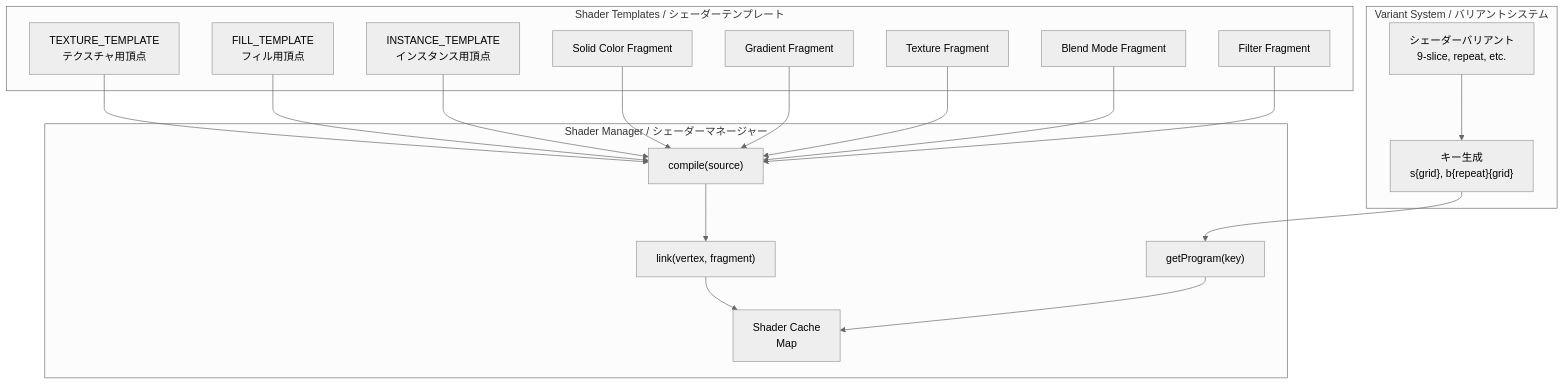
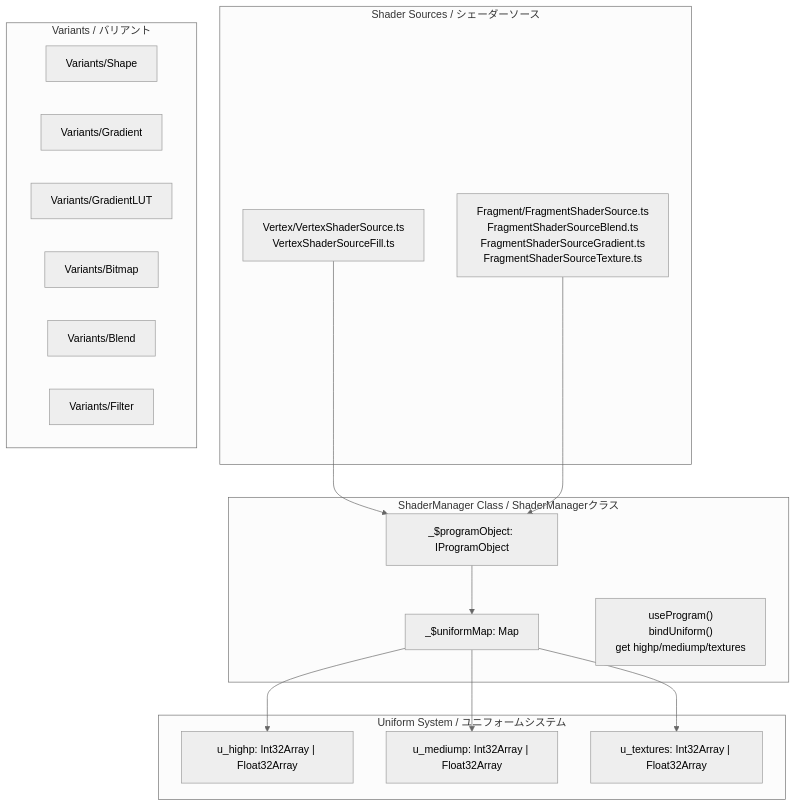
One commit to Next2D/player changed diagram 25 of 37 in packages/webgl/RENDERING_FLOW.md. Above: the diagram before and after it, drawn with Mermaid (neutral theme). The commit also changed other lines of this file, not shown here.

````diff
--- a/packages/webgl/RENDERING_FLOW.md
+++ b/packages/webgl/RENDERING_FLOW.md
@@ -1044,42 +1139,36 @@
 ```mermaid
 flowchart TB
-    subgraph "Shader Templates / シェーダーテンプレート"
-        V_TEX["TEXTURE_TEMPLATE<br/>テクスチャ用頂点"]
-        V_FILL["FILL_TEMPLATE<br/>フィル用頂点"]
-        V_INST["INSTANCE_TEMPLATE<br/>インスタンス用頂点"]
+    subgraph "ShaderManager Class / ShaderManagerクラス"
+        PROG["_$programObject: IProgramObject"]
+        UNIFORM["_$uniformMap: Map<string, IUniformData>"]
 
-        F_SOLID["Solid Color Fragment"]
-        F_GRAD["Gradient Fragment"]
-        F_TEX["Texture Fragment"]
-        F_BLEND["Blend Mode Fragment"]
-        F_FILTER["Filter Fragment"]
+        METHODS["useProgram()<br/>bindUniform()<br/>get highp/mediump/textures"]
     end
 
-    subgraph "Shader Manager / シェーダーマネージャー"
-        CACHE["Shader Cache<br/>Map<key, WebGLProgram>"]
-
-        COMPILE["compile(source)"]
-        LINK["link(vertex, fragment)"]
-        GET["getProgram(key)"]
+    subgraph "Shader Sources / シェーダーソース"
+        V_SRC["Vertex/VertexShaderSource.ts<br/>VertexShaderSourceFill.ts"]
+        F_SRC["Fragment/FragmentShaderSource.ts<br/>FragmentShaderSourceBlend.ts<br/>FragmentShaderSourceGradient.ts<br/>FragmentShaderSourceTexture.ts"]
     end
 
-    subgraph "Variant System / バリアントシステム"
-        KEY_GEN["キー生成<br/>s{grid}, b{repeat}{grid}"]
-        VARIANT["シェーダーバリアント<br/>9-slice, repeat, etc."]
+    subgraph "Variants / バリアント"
+        SHAPE["Variants/Shape"]
+        GRADIENT["Variants/Gradient"]
+        GRADIENT_LUT["Variants/GradientLUT"]
+        BITMAP["Variants/Bitmap"]
+        BLEND["Variants/Blend"]
+        FILTER["Variants/Filter"]
     end
 
-    V_TEX --> COMPILE
-    V_FILL --> COMPILE
-    V_INST --> COMPILE
-    F_SOLID --> COMPILE
-    F_GRAD --> COMPILE
-    F_TEX --> COMPILE
-    F_BLEND --> COMPILE
-    F_FILTER --> COMPILE
+    subgraph "Uniform System / ユニフォームシステム"
+        HIGHP["u_highp: Int32Array | Float32Array"]
+        MEDIUMP["u_mediump: Int32Array | Float32Array"]
+        TEXTURES["u_textures: Int32Array | Float32Array"]
+    end
 
-    COMPILE --> LINK
-    LINK --> CACHE
-    KEY_GEN --> GET
-    GET --> CACHE
-    VARIANT --> KEY_GEN
+    V_SRC --> PROG
+    F_SRC --> PROG
+    PROG --> UNIFORM
+    UNIFORM --> HIGHP
+    UNIFORM --> MEDIUMP
+    UNIFORM --> TEXTURES
 ```
````
